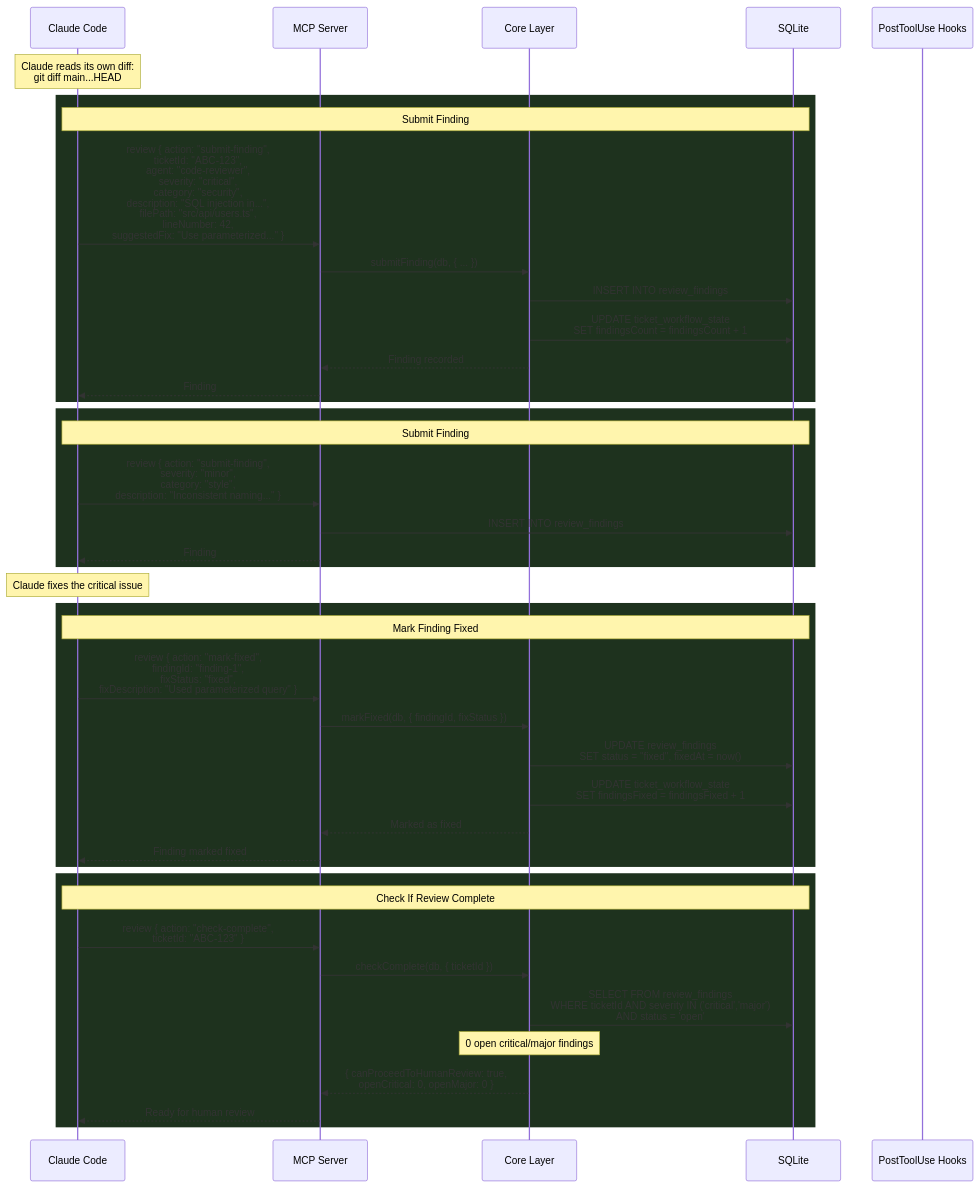
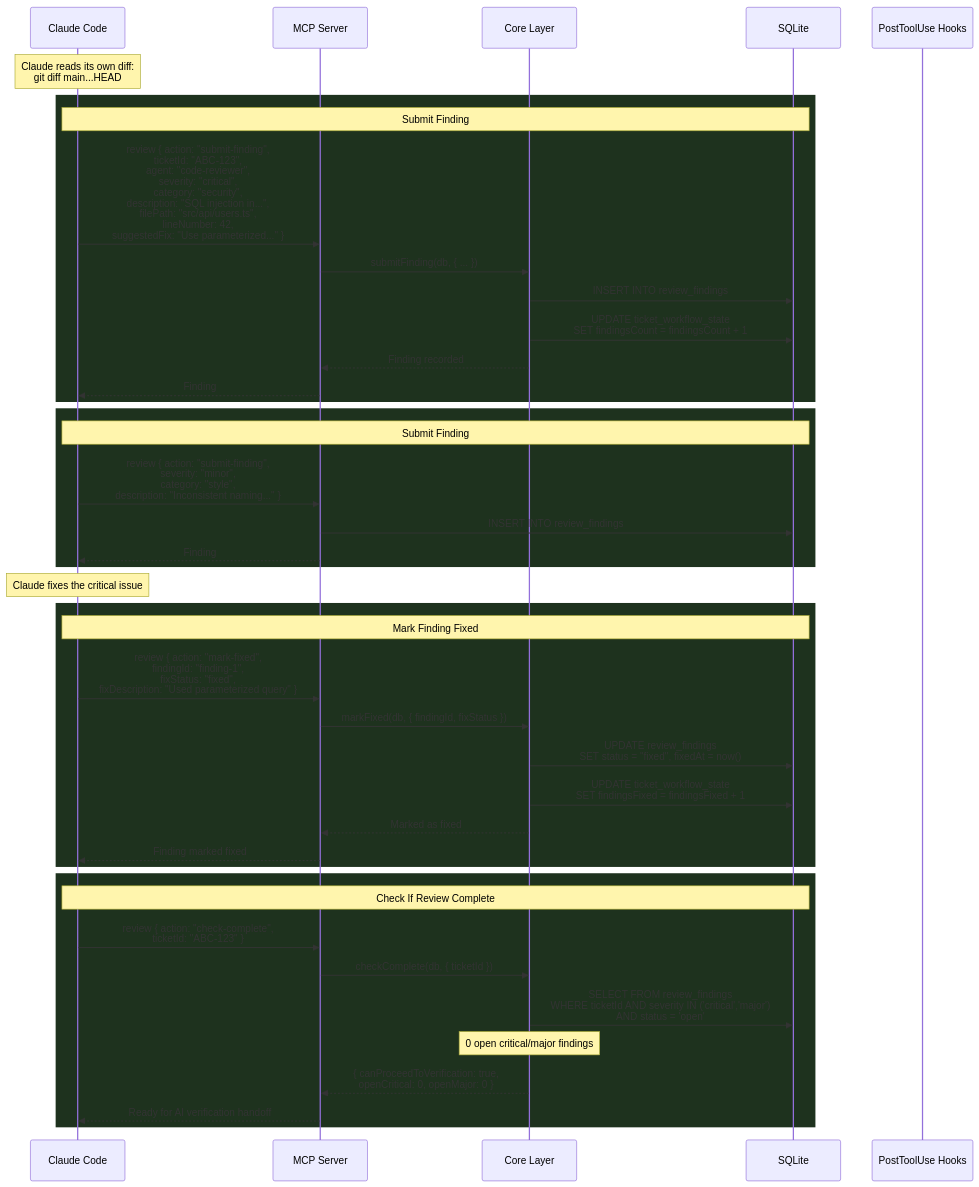
One commit to salmanrrana/brain-dump changed the eighth of 15 diagrams in docs/claude-flow-ticket-lifecycle.md. Above: the diagram before and after it, drawn with Mermaid. The commit also changed other lines of this file and 84 other files, not shown here.

Commit message:
feat(9f63c408): add ai verification status flow

````diff
--- a/docs/claude-flow-ticket-lifecycle.md
+++ b/docs/claude-flow-ticket-lifecycle.md
@@ -383,49 +383,49 @@
 ```mermaid
 sequenceDiagram
     participant Claude as Claude Code
     participant MCP as MCP Server
     participant Core as Core Layer
     participant DB as SQLite
     participant PostHook as PostToolUse Hooks
 
     Note over Claude: Claude reads its own diff:<br/>git diff main...HEAD
 
     rect rgb(30, 50, 30)
         Note over Claude,DB: Submit Finding #1 (Critical)
         Claude->>MCP: review { action: "submit-finding",<br/>ticketId: "ABC-123",<br/>agent: "code-reviewer",<br/>severity: "critical",<br/>category: "security",<br/>description: "SQL injection in...",<br/>filePath: "src/api/users.ts",<br/>lineNumber: 42,<br/>suggestedFix: "Use parameterized..." }
         MCP->>Core: submitFinding(db, { ... })
         Core->>DB: INSERT INTO review_findings
         Core->>DB: UPDATE ticket_workflow_state<br/>SET findingsCount = findingsCount + 1
         Core-->>MCP: Finding recorded
         MCP-->>Claude: Finding #1 submitted
     end
 
     rect rgb(30, 50, 30)
         Note over Claude,DB: Submit Finding #2 (Minor)
         Claude->>MCP: review { action: "submit-finding",<br/>severity: "minor",<br/>category: "style",<br/>description: "Inconsistent naming..." }
         MCP->>DB: INSERT INTO review_findings
         MCP-->>Claude: Finding #2 submitted
     end
 
     Note over Claude: Claude fixes the critical issue
 
     rect rgb(30, 50, 30)
         Note over Claude,DB: Mark Finding Fixed
         Claude->>MCP: review { action: "mark-fixed",<br/>findingId: "finding-1",<br/>fixStatus: "fixed",<br/>fixDescription: "Used parameterized query" }
         MCP->>Core: markFixed(db, { findingId, fixStatus })
         Core->>DB: UPDATE review_findings<br/>SET status = "fixed", fixedAt = now()
         Core->>DB: UPDATE ticket_workflow_state<br/>SET findingsFixed = findingsFixed + 1
         Core-->>MCP: Marked as fixed
         MCP-->>Claude: Finding marked fixed
     end
 
     rect rgb(30, 50, 30)
         Note over Claude,DB: Check If Review Complete
         Claude->>MCP: review { action: "check-complete",<br/>ticketId: "ABC-123" }
         MCP->>Core: checkComplete(db, { ticketId })
         Core->>DB: SELECT FROM review_findings<br/>WHERE ticketId AND severity IN ('critical','major')<br/>AND status = 'open'
         Note over Core: 0 open critical/major findings
-        Core-->>MCP: { canProceedToHumanReview: true,<br/>openCritical: 0, openMajor: 0 }
-        MCP-->>Claude: Ready for human review
+        Core-->>MCP: { canProceedToVerification: true,<br/>openCritical: 0, openMajor: 0 }
+        MCP-->>Claude: Ready for AI verification handoff
     end
 ```
````
